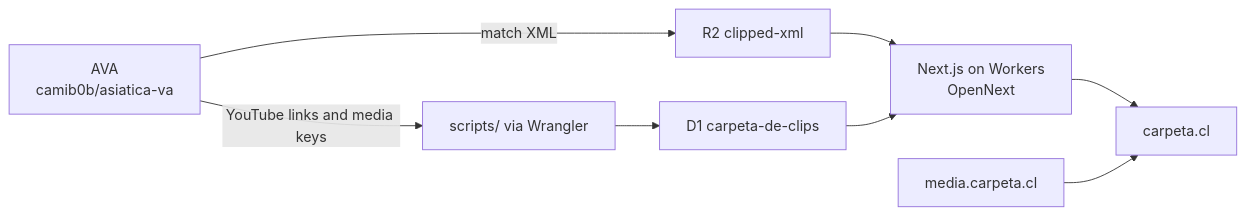
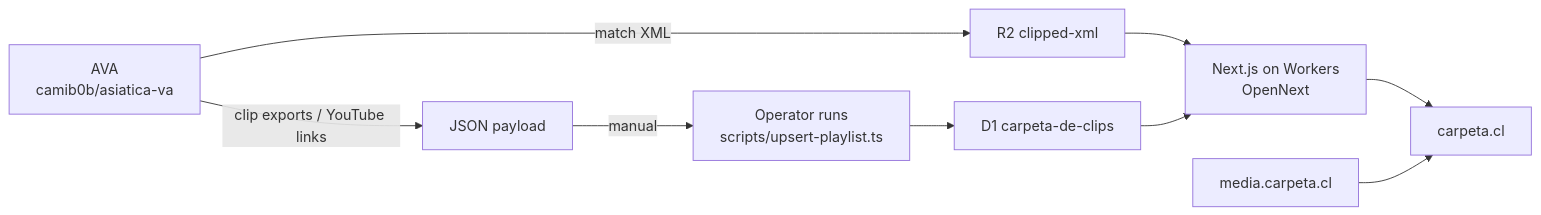
One commit to camib0b/carpeta-de-clips changed the diagram in README.md. Above: the diagram before and after it, drawn with Mermaid. The commit also changed other lines of this file, not shown here.

````diff
--- a/README.md
+++ b/README.md
@@ -11,18 +11,20 @@
 ```mermaid
 flowchart LR
   ava["AVA\ncamib0b/asiatica-va"]
   r2xml["R2 clipped-xml"]
-  scripts["scripts/ via Wrangler"]
+  payload["JSON payload"]
+  upsert["Operator runs\nscripts/upsert-playlist.ts"]
   d1["D1 carpeta-de-clips"]
   app["Next.js on Workers\nOpenNext"]
   site["carpeta.cl"]
   media["media.carpeta.cl"]
 
   ava -->|"match XML"| r2xml
-  ava -->|"YouTube links and media keys"| scripts
-  scripts --> d1
+  ava -->|"clip exports / YouTube links"| payload
+  payload -->|"manual"| upsert
+  upsert --> d1
   r2xml --> app
   d1 --> app
   app --> site
   media --> site
 ```
````
